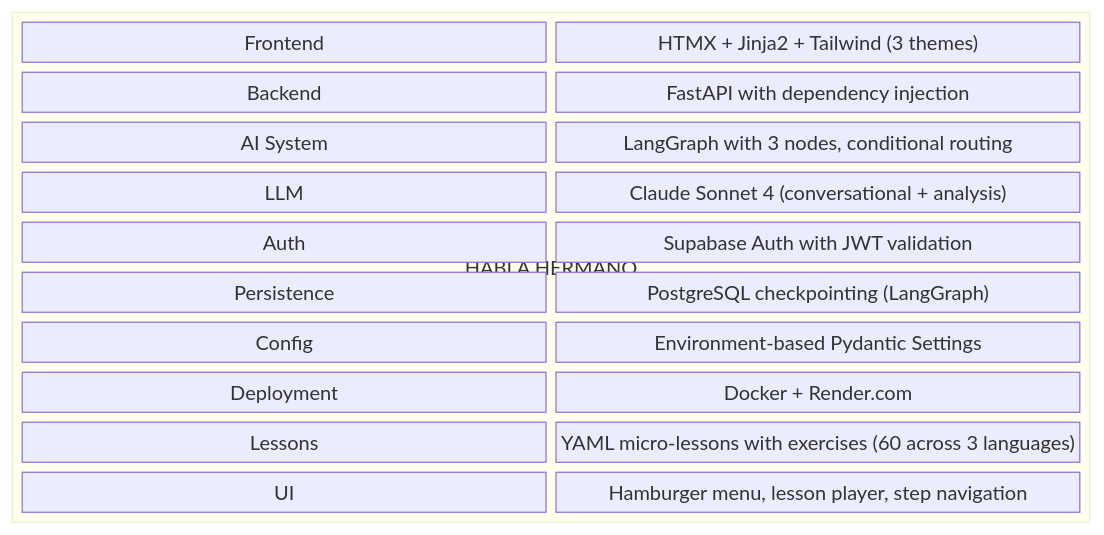
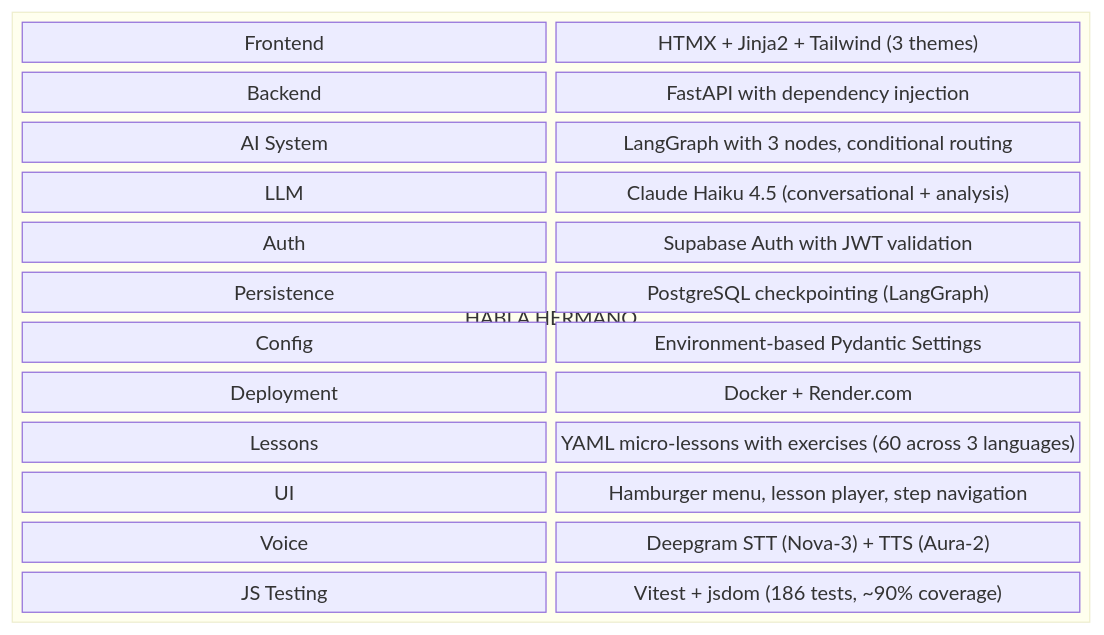
One commit to darth-dodo/habla-hermano changed the first of 4 diagrams in docs/codebase-summary.md. Above: the diagram before and after it, drawn with Mermaid. The commit also changed other lines of this file and 6 other files, not shown here.

````diff
--- a/docs/codebase-summary.md
+++ b/docs/codebase-summary.md
@@ -15,17 +15,19 @@
 ```mermaid
 block-beta
     columns 1
     block:stack["HABLA HERMANO"]
         columns 2
         A["Frontend"] B["HTMX + Jinja2 + Tailwind (3 themes)"]
         C["Backend"] D["FastAPI with dependency injection"]
         E["AI System"] F["LangGraph with 3 nodes, conditional routing"]
-        G["LLM"] H["Claude Sonnet 4 (conversational + analysis)"]
+        G["LLM"] H["Claude Haiku 4.5 (conversational + analysis)"]
         I["Auth"] J["Supabase Auth with JWT validation"]
         K["Persistence"] L["PostgreSQL checkpointing (LangGraph)"]
         M["Config"] N["Environment-based Pydantic Settings"]
         O["Deployment"] P["Docker + Render.com"]
         Q["Lessons"] R["YAML micro-lessons with exercises (60 across 3 languages)"]
         S["UI"] T["Hamburger menu, lesson player, step navigation"]
+        U["Voice"] V["Deepgram STT (Nova-3) + TTS (Aura-2)"]
+        W["JS Testing"] X["Vitest + jsdom (186 tests, ~90% coverage)"]
     end
 ```
````
